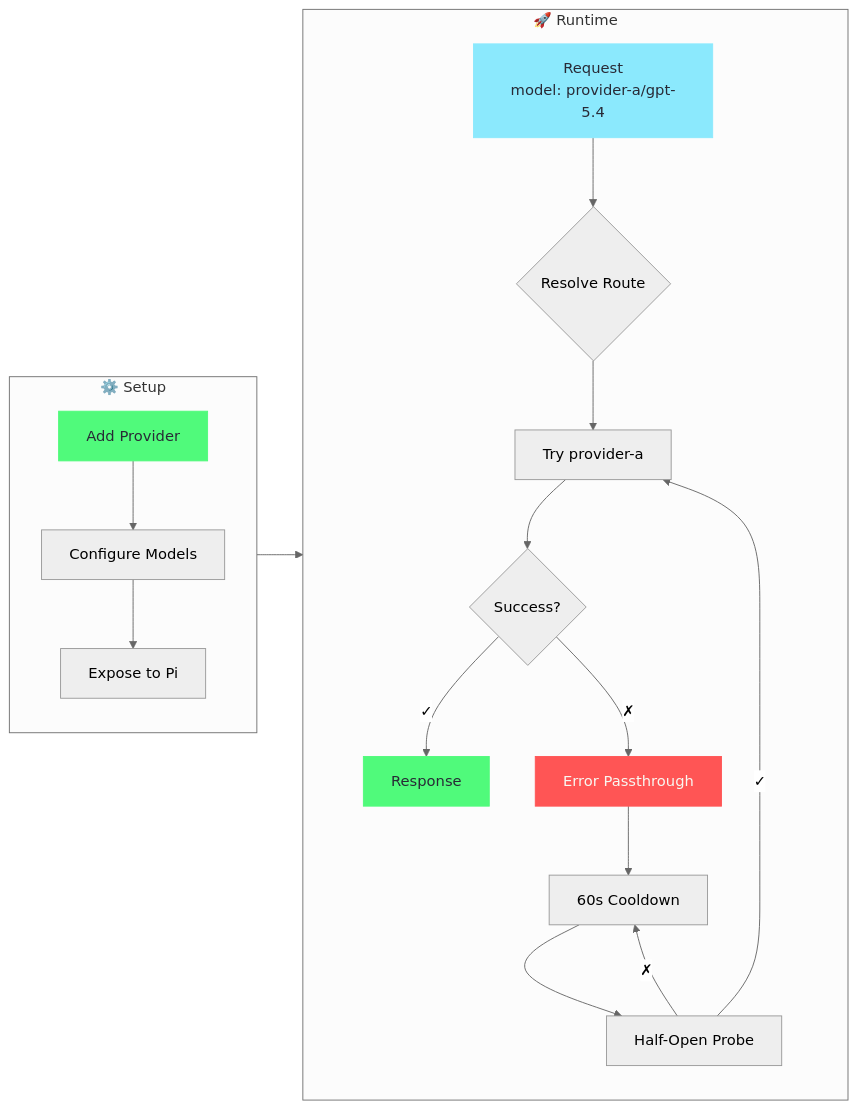
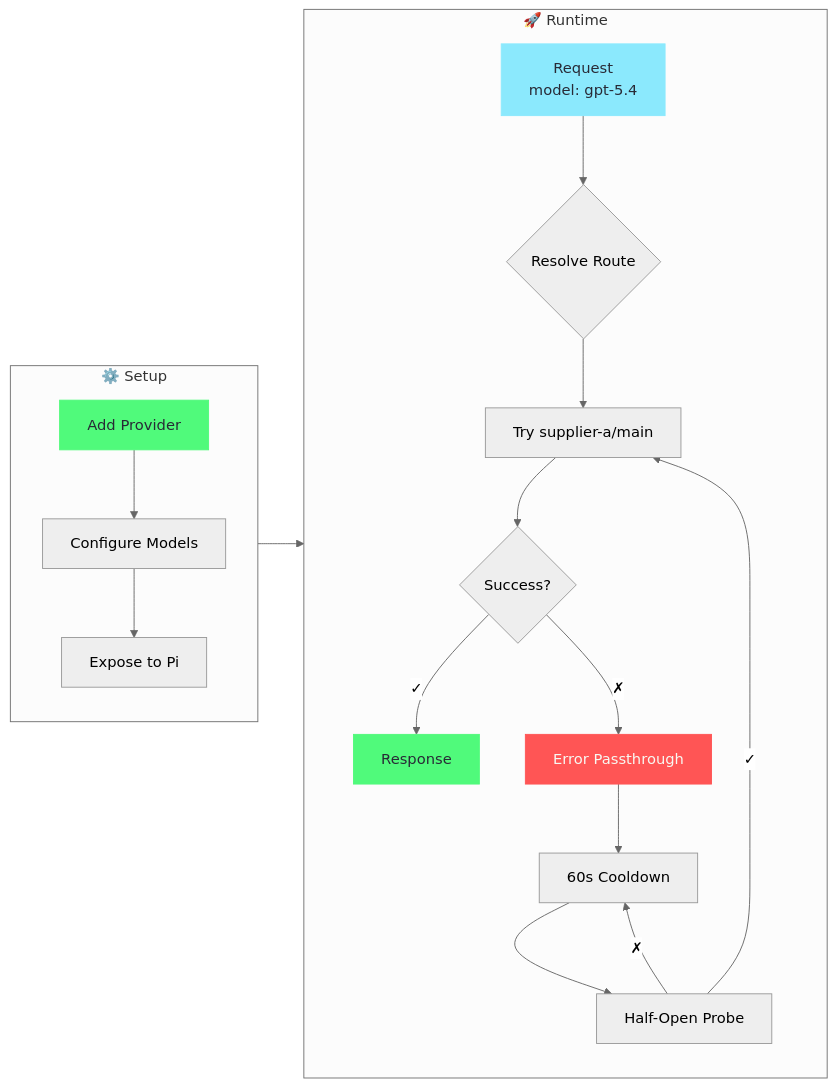
The diagram in README.md (heihei0299/pi-switch), drawn with Mermaid (neutral theme) before and after one commit. The commit also changed other lines of this file and 55 other files, not shown here.

````diff
--- a/README.md
+++ b/README.md
@@ -190,26 +190,26 @@
 ```mermaid
 graph LR
     subgraph Setup["⚙️ Setup"]
         A[Add Provider] --> B[Configure Models]
         B --> C[Expose to Pi]
     end
 
     subgraph Runtime["🚀 Runtime"]
-        E["Request<br/>model: provider-a/gpt-5.4"] --> F{Resolve Route}
-        F --> G[Try provider-a]
+        E["Request<br/>model: gpt-5.4"] --> F{Resolve Route}
+        F --> G[Try supplier-a/main]
         G --> H{Success?}
         H -->|✓| I[Response]
         H -->|✗| L[Error Passthrough]
         L --> M[60s Cooldown]
         M --> N[Half-Open Probe]
         N -->|✓| G
         N -->|✗| M
     end
 
     Setup --> Runtime
 
     style A fill:#50fa7b,stroke:#50fa7b,color:#282a36
     style E fill:#8be9fd,stroke:#8be9fd,color:#282a36
     style I fill:#50fa7b,stroke:#50fa7b,color:#282a36
     style L fill:#ff5555,stroke:#ff5555,color:#f8f8f2
 ```
````
